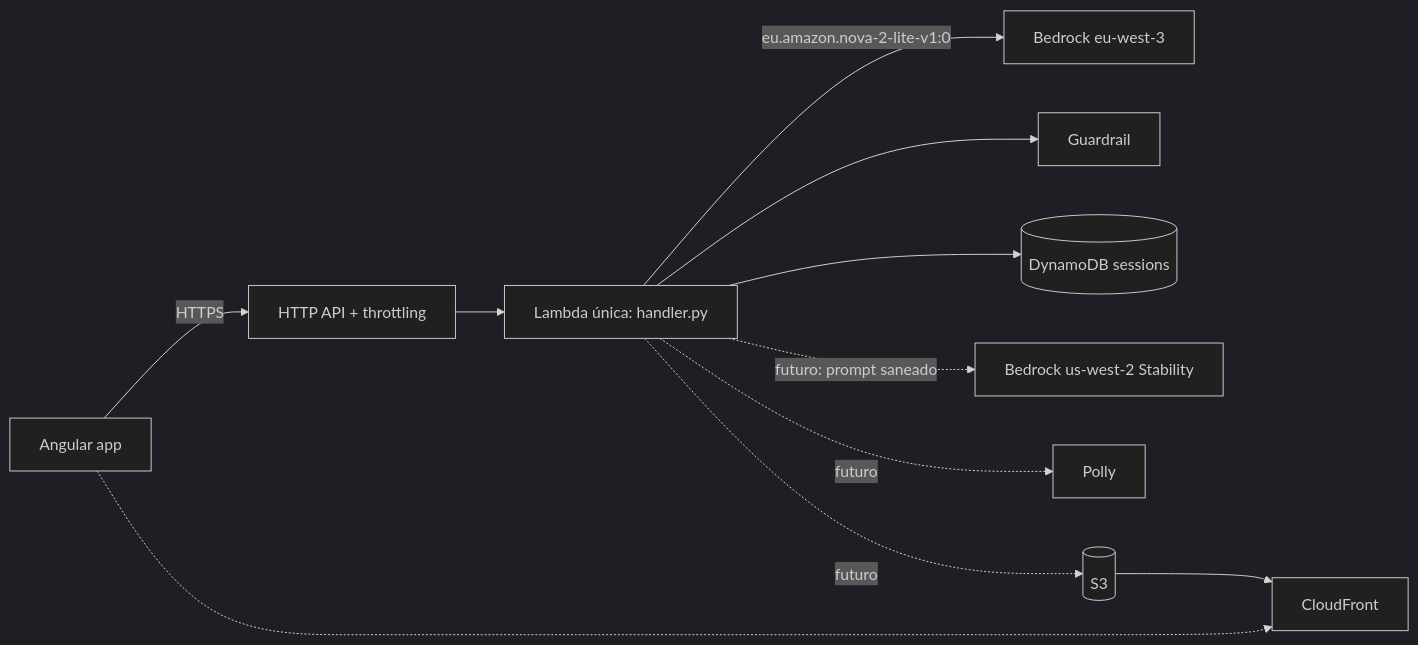
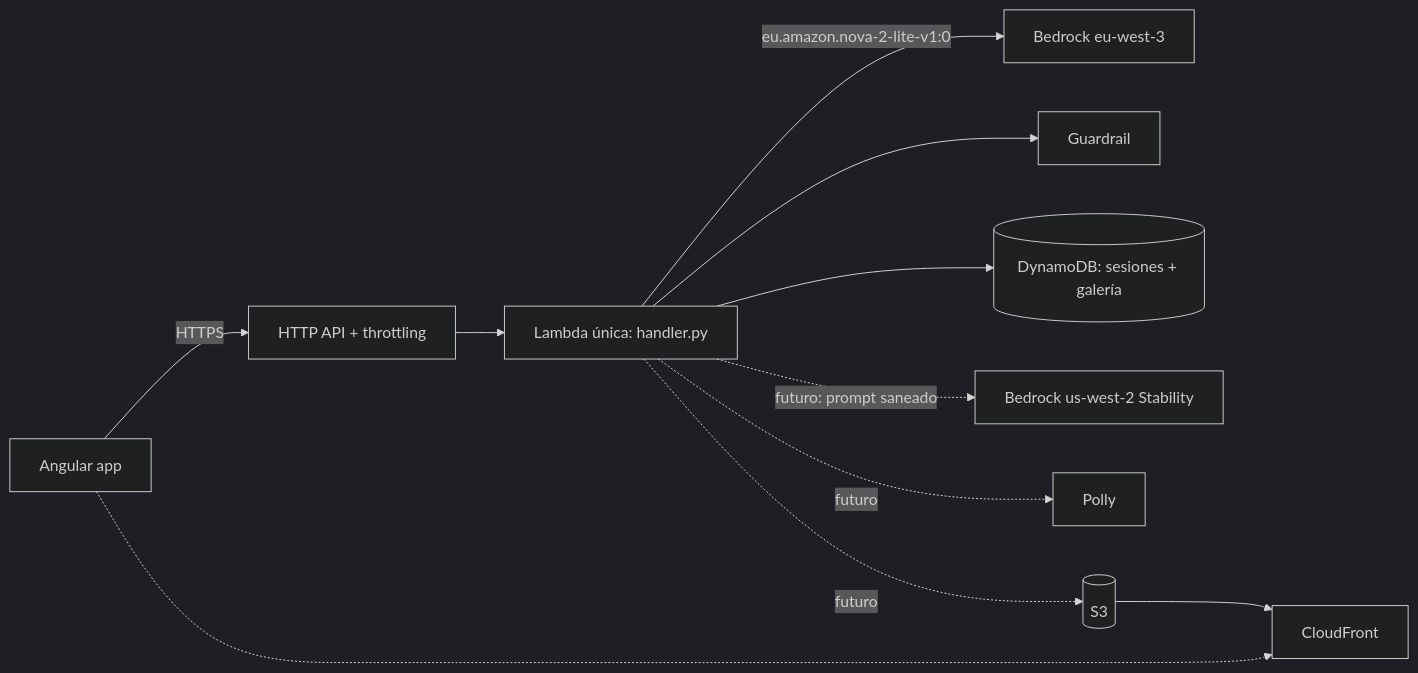
The diagram in .kiro/specs/lucid/design.md (jllarreag/nightmare), drawn with Mermaid (dark theme) before and after one commit. The commit also changed other lines of this file and 2 other files, not shown here.

````diff
--- a/.kiro/specs/lucid/design.md
+++ b/.kiro/specs/lucid/design.md
@@ -7,12 +7,12 @@
 ```mermaid
 flowchart LR
   U[Angular app] -->|HTTPS| APIGW[HTTP API + throttling]
   APIGW --> L[Lambda única: handler.py]
   L -->|eu.amazon.nova-2-lite-v1:0| BR[Bedrock eu-west-3]
   L --> GR[Guardrail]
-  L --> DDB[(DynamoDB sessions)]
+  L --> DDB[(DynamoDB: sesiones + galería)]
   L -.->|futuro: prompt saneado| IMG[Bedrock us-west-2 Stability]
   L -.->|futuro| POLLY[Polly]
   L -.->|futuro| S3[(S3)] --> CF[CloudFront]
   U -.-> CF
 ```
````
